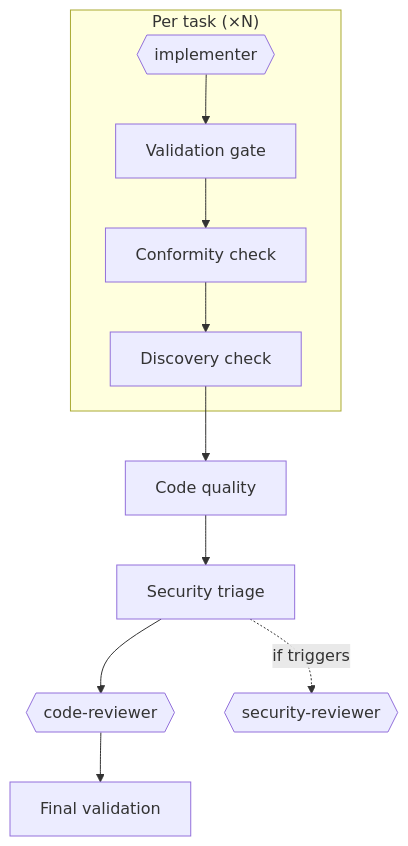
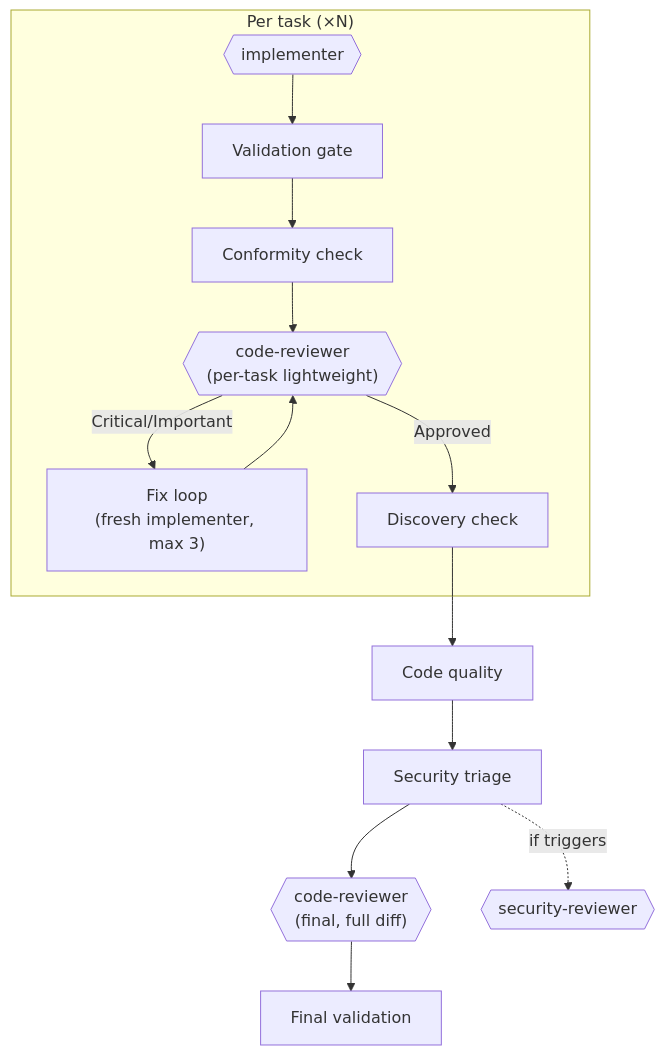
The sixth of 16 diagrams in README.md (gigi206/ops), drawn with Mermaid before and after one commit. The commit also changed other lines of this file and 12 other files, not shown here.

````diff
--- a/README.md
+++ b/README.md
@@ -424,13 +424,16 @@
 ```mermaid
 flowchart TD
     subgraph task_loop["Per task (×N)"]
         IMP{{"implementer"}} --> V["Validation gate"]
         V --> CC["Conformity check"]
-        CC --> DC["Discovery check"]
+        CC --> PTR{{"code-reviewer<br/>(per-task lightweight)"}}
+        PTR -->|Critical/Important| FIX["Fix loop<br/>(fresh implementer, max 3)"]
+        FIX --> PTR
+        PTR -->|Approved| DC["Discovery check"]
     end
     DC --> CQ["Code quality"]
     CQ --> ST["Security triage"]
-    ST --> CODREV{{"code-reviewer"}}
+    ST --> CODREV{{"code-reviewer<br/>(final, full diff)"}}
     ST -.->|if triggers| SECREV{{"security-reviewer"}}
     CODREV --> FV["Final validation"]
 ```
````
